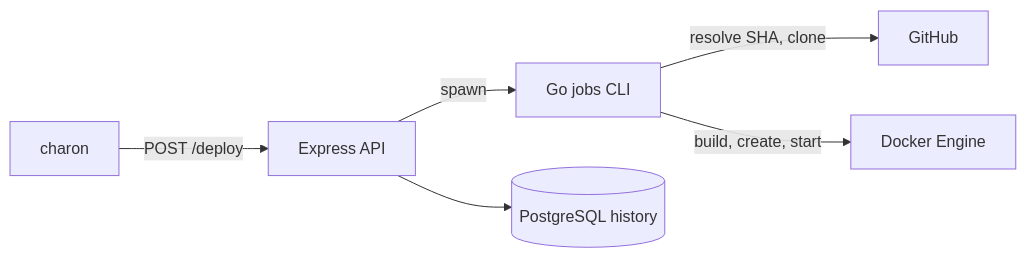
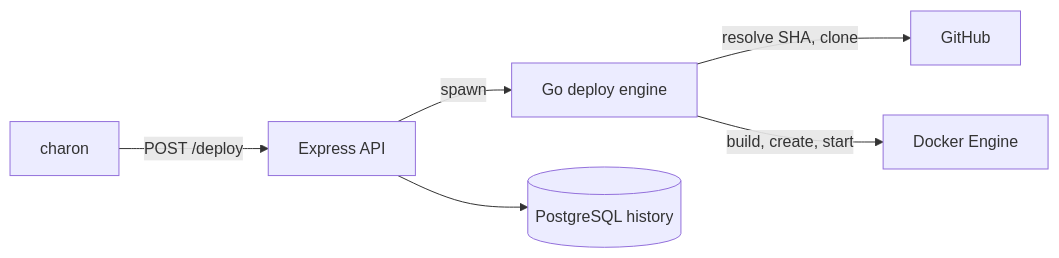
Before and after one commit to dfoltynski/thanatos: the diagram in README.md, drawn with Mermaid. The commit also changed other lines of this file, not shown here.

Commit message:
docs: document architecture and design decisions

````diff
--- a/README.md
+++ b/README.md
@@ -9,8 +9,8 @@
 ```mermaid
 flowchart LR
     UI[charon] -->|POST /deploy| API[Express API]
-    API -->|spawn| CLI[Go jobs CLI]
+    API -->|spawn| CLI[Go deploy engine]
     CLI -->|resolve SHA, clone| GH[GitHub]
     CLI -->|build, create, start| D[Docker Engine]
     API --> DB[(PostgreSQL history)]
 ```
````
